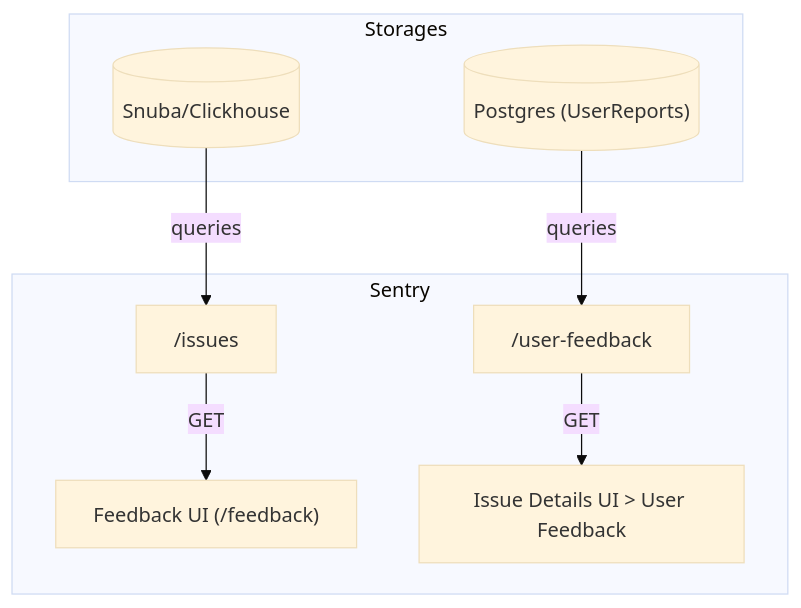
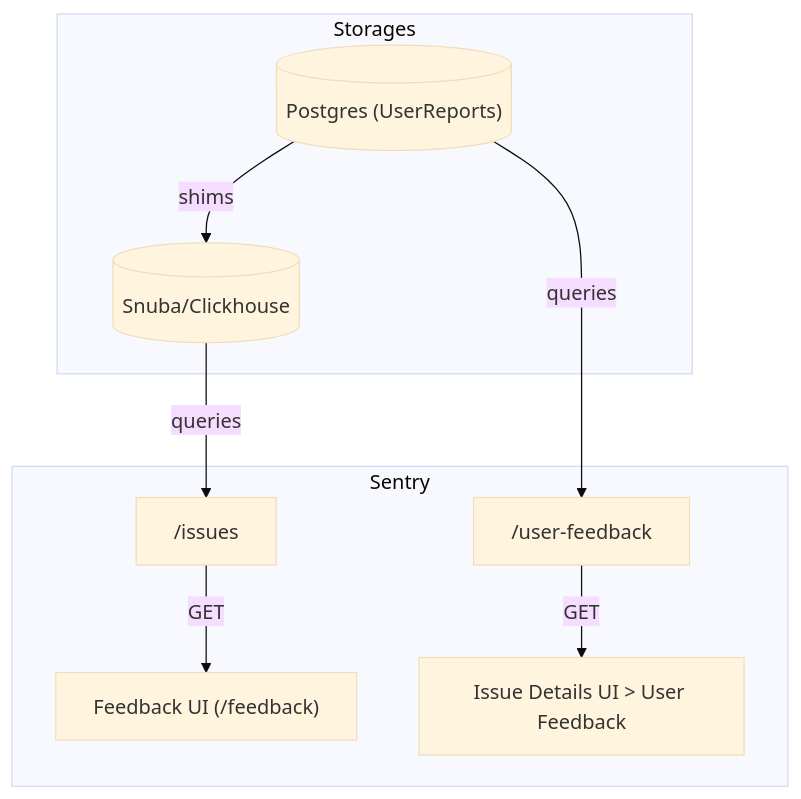
The fourth of 4 diagrams in develop-docs/application-architecture/feedback-architecture.mdx (getsentry/sentry-docs), drawn with Mermaid (base theme) before and after one commit.

Commit message:
Add shim arrow

````diff
--- a/develop-docs/application-architecture/feedback-architecture.mdx
+++ b/develop-docs/application-architecture/feedback-architecture.mdx
@@ -225,17 +225,18 @@
 ```mermaid
 graph TD
   subgraph Storages
     postgres[("Postgres (UserReports)")]
     snuba[(Snuba/Clickhouse)]
+    postgres --> |"shims"| snuba
   end
 
   subgraph Sentry
     issues_endpoint["/issues"]
     issues_endpoint --> |"GET"| feedback_ui["Feedback UI (/feedback)"]
     report_endpoint["/user-feedback"]
     report_endpoint --> |"GET"| issues_ui["Issue Details UI > User Feedback"]
   end
 
   postgres --> |"queries"| report_endpoint
   snuba --> |"queries"| issues_endpoint
 ```
````
